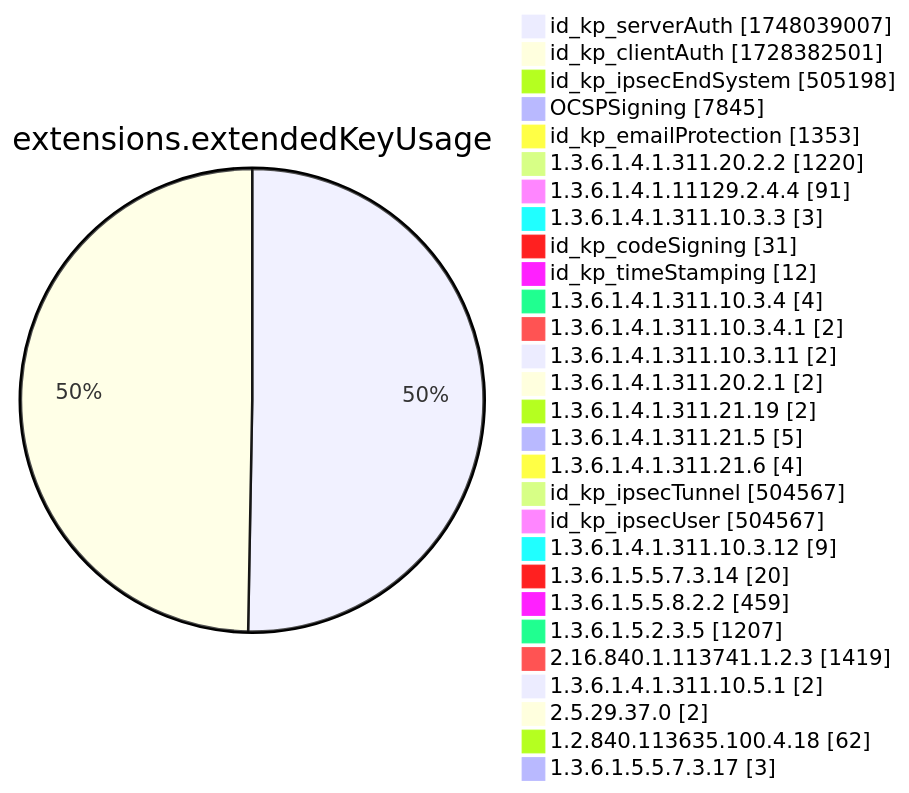
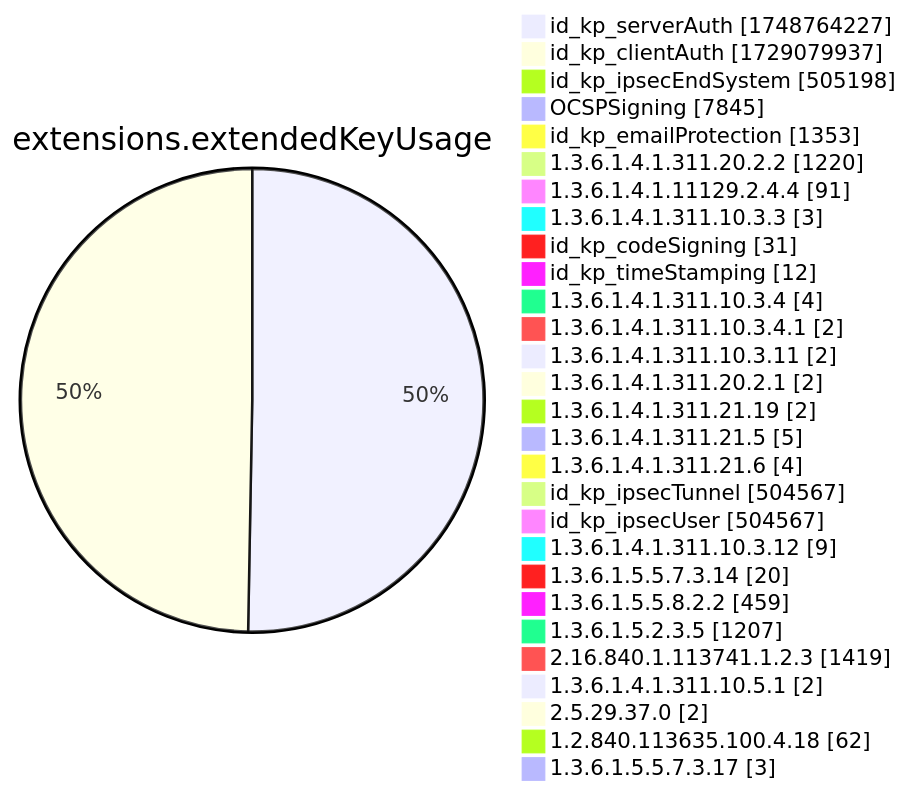
Diagram 12 of 15 in xenon2022/README.md (christiankrug/ctmonitor_visualization), drawn with Mermaid before and after one commit. The commit also changed other lines of this file, not shown here.

````diff
--- a/xenon2022/README.md
+++ b/xenon2022/README.md
@@ -3892,32 +3892,32 @@
 ```mermaid
 pie showData
 title extensions.extendedKeyUsage
-"id_kp_serverAuth" :1748039007
-"id_kp_clientAuth" :1728382501
+"id_kp_serverAuth" :1748764227
+"id_kp_clientAuth" :1729079937
 "id_kp_ipsecEndSystem" :505198
 "OCSPSigning" :7845
 "id_kp_emailProtection" :1353
 "1.3.6.1.4.1.311.20.2.2" :1220
 "1.3.6.1.4.1.11129.2.4.4" :91
 "1.3.6.1.4.1.311.10.3.3" :3
 "id_kp_codeSigning" :31
 "id_kp_timeStamping" :12
 "1.3.6.1.4.1.311.10.3.4" :4
 "1.3.6.1.4.1.311.10.3.4.1" :2
 "1.3.6.1.4.1.311.10.3.11" :2
 "1.3.6.1.4.1.311.20.2.1" :2
 "1.3.6.1.4.1.311.21.19" :2
 "1.3.6.1.4.1.311.21.5" :5
 "1.3.6.1.4.1.311.21.6" :4
 "id_kp_ipsecTunnel" :504567
 "id_kp_ipsecUser" :504567
 "1.3.6.1.4.1.311.10.3.12" :9
 "1.3.6.1.5.5.7.3.14" :20
 "1.3.6.1.5.5.8.2.2" :459
 "1.3.6.1.5.2.3.5" :1207
 "2.16.840.1.113741.1.2.3" :1419
 "1.3.6.1.4.1.311.10.5.1" :2
 "2.5.29.37.0" :2
 "1.2.840.113635.100.4.18" :62
 "1.3.6.1.5.5.7.3.17" :3
 ```
````
